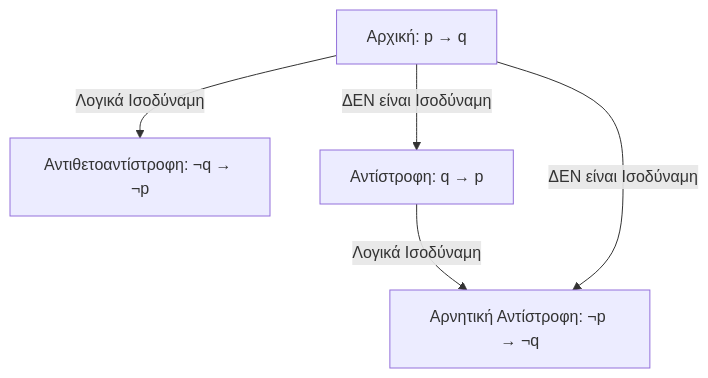
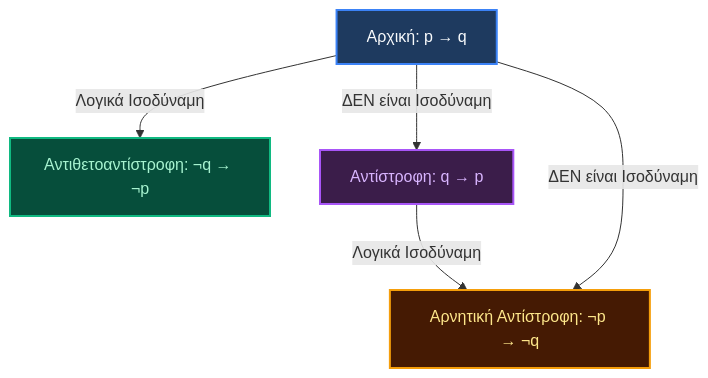
The fourth of 5 diagrams in Year_1/Semester_2/DISCRETE_MATHEMATICS/Resources/Notes/05_propositional_logic.md (PanagopoulosNikolaos/DitOpenNotes), drawn with Mermaid before and after one commit. The commit also changed other lines of this file and 6 other files, not shown here.

````diff
--- a/Year_1/Semester_2/DISCRETE_MATHEMATICS/Resources/Notes/05_propositional_logic.md
+++ b/Year_1/Semester_2/DISCRETE_MATHEMATICS/Resources/Notes/05_propositional_logic.md
@@ -234,7 +263,12 @@
 ```mermaid
 graph TD
     A["Αρχική: p → q"] -- "Λογικά Ισοδύναμη" --> B["Αντιθετοαντίστροφη: ¬q → ¬p"]
     C["Αντίστροφη: q → p"] -- "Λογικά Ισοδύναμη" --> D["Αρνητική Αντίστροφη: ¬p → ¬q"]
     A -- "ΔΕΝ είναι Ισοδύναμη" --> C
     A -- "ΔΕΝ είναι Ισοδύναμη" --> D
+
+    style A fill:#1e3a5f,stroke:#3b82f6,stroke-width:2px,color:#f8fafc
+    style B fill:#064e3b,stroke:#10b981,stroke-width:2px,color:#a7f3d0
+    style C fill:#3b1d4a,stroke:#a855f7,stroke-width:2px,color:#d8b4fe
+    style D fill:#451a03,stroke:#f59e0b,stroke-width:2px,color:#fde68a
 ```
````
